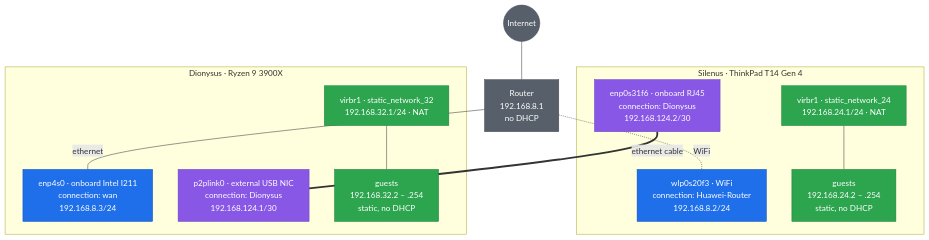
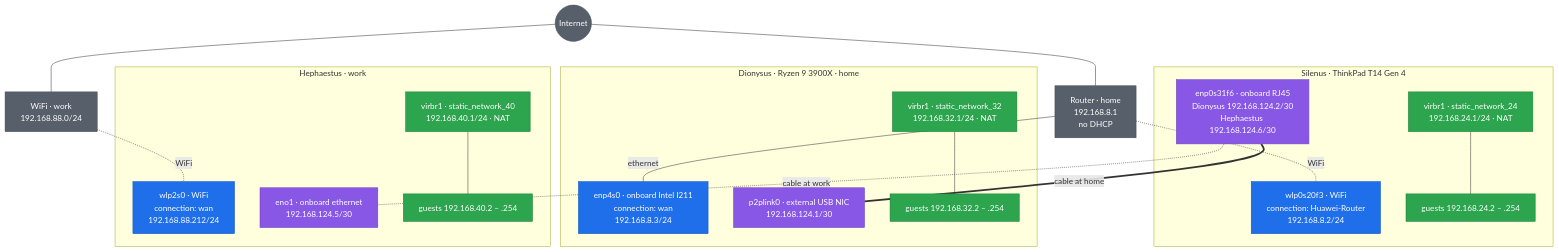
One commit to bahman-farhadian/linux_terminal_dotfiles_configuration changed the diagram in linux_terminal_dotfiles_configuration/Dionysus/Dionysus.md. Above: the diagram before and after it, drawn with Mermaid. The commit also changed other lines of this file and 6 other files, not shown here.

````diff
--- a/linux_terminal_dotfiles_configuration/Dionysus/Dionysus.md
+++ b/linux_terminal_dotfiles_configuration/Dionysus/Dionysus.md
@@ -1098,35 +1098,47 @@
 ```mermaid
 graph TB
     INET(("Internet"))
-    R["Router<br/>192.168.8.1<br/>no DHCP"]
+    R["Router &middot; home<br/>192.168.8.1<br/>no DHCP"]
+    AP["WiFi &middot; work<br/>192.168.88.0/24"]
     INET --- R
+    INET --- AP
 
     subgraph SIL ["Silenus &middot; ThinkPad T14 Gen 4"]
         SW["wlp0s20f3 &middot; WiFi<br/>connection: Huawei-Router<br/>192.168.8.2/24"]
-        SP["enp0s31f6 &middot; onboard RJ45<br/>connection: Dionysus<br/>192.168.124.2/30"]
+        SP["enp0s31f6 &middot; onboard RJ45<br/>Dionysus 192.168.124.2/30<br/>Hephaestus 192.168.124.6/30"]
         SB["virbr1 &middot; static_network_24<br/>192.168.24.1/24 &middot; NAT"]
-        SG["guests<br/>192.168.24.2 &ndash; .254<br/>static, no DHCP"]
+        SG["guests 192.168.24.2 &ndash; .254"]
         SB --- SG
     end
 
-    subgraph DIO ["Dionysus &middot; Ryzen 9 3900X"]
+    subgraph DIO ["Dionysus &middot; Ryzen 9 3900X &middot; home"]
         DW["enp4s0 &middot; onboard Intel I211<br/>connection: wan<br/>192.168.8.3/24"]
-        DP["p2plink0 &middot; external USB NIC<br/>connection: Dionysus<br/>192.168.124.1/30"]
+        DP["p2plink0 &middot; external USB NIC<br/>192.168.124.1/30"]
         DB["virbr1 &middot; static_network_32<br/>192.168.32.1/24 &middot; NAT"]
-        DG["guests<br/>192.168.32.2 &ndash; .254<br/>static, no DHCP"]
+        DG["guests 192.168.32.2 &ndash; .254"]
         DB --- DG
+    end
+
+    subgraph HEP ["Hephaestus &middot; work"]
+        HW["wlp2s0 &middot; WiFi<br/>connection: wan<br/>192.168.88.212/24"]
+        HE["eno1 &middot; onboard ethernet<br/>192.168.124.5/30"]
+        HB["virbr1 &middot; static_network_40<br/>192.168.40.1/24 &middot; NAT"]
+        HG["guests 192.168.40.2 &ndash; .254"]
+        HB --- HG
     end
 
     R -.-|WiFi| SW
     R ---|ethernet| DW
-    SP ===|ethernet cable| DP
+    AP -.-|WiFi| HW
+    SP ===|cable at home| DP
+    SP -.-|cable at work| HE
 
     classDef wan fill:#1f6feb,stroke:#0b4fc0,color:#ffffff
     classDef p2p fill:#8957e5,stroke:#6a3fbf,color:#ffffff
     classDef guest fill:#2da44e,stroke:#1a7f37,color:#ffffff
     classDef infra fill:#57606a,stroke:#424a53,color:#ffffff
-    class SW,DW wan
-    class SP,DP p2p
-    class SB,SG,DB,DG guest
-    class R,INET infra
+    class SW,DW,HW wan
+    class SP,DP,HE p2p
+    class SB,SG,DB,DG,HB,HG guest
+    class R,AP,INET infra
 ```
````
